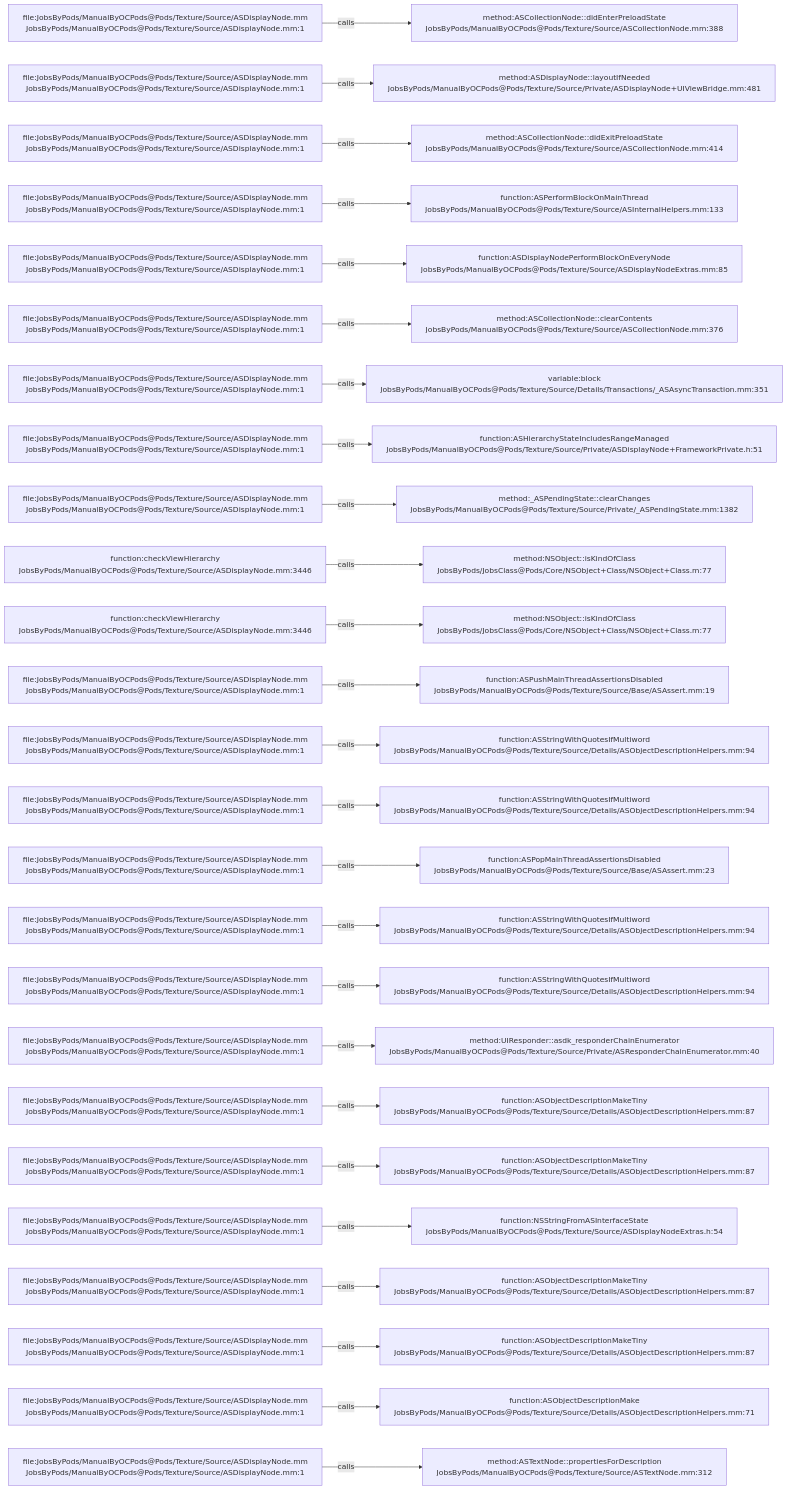
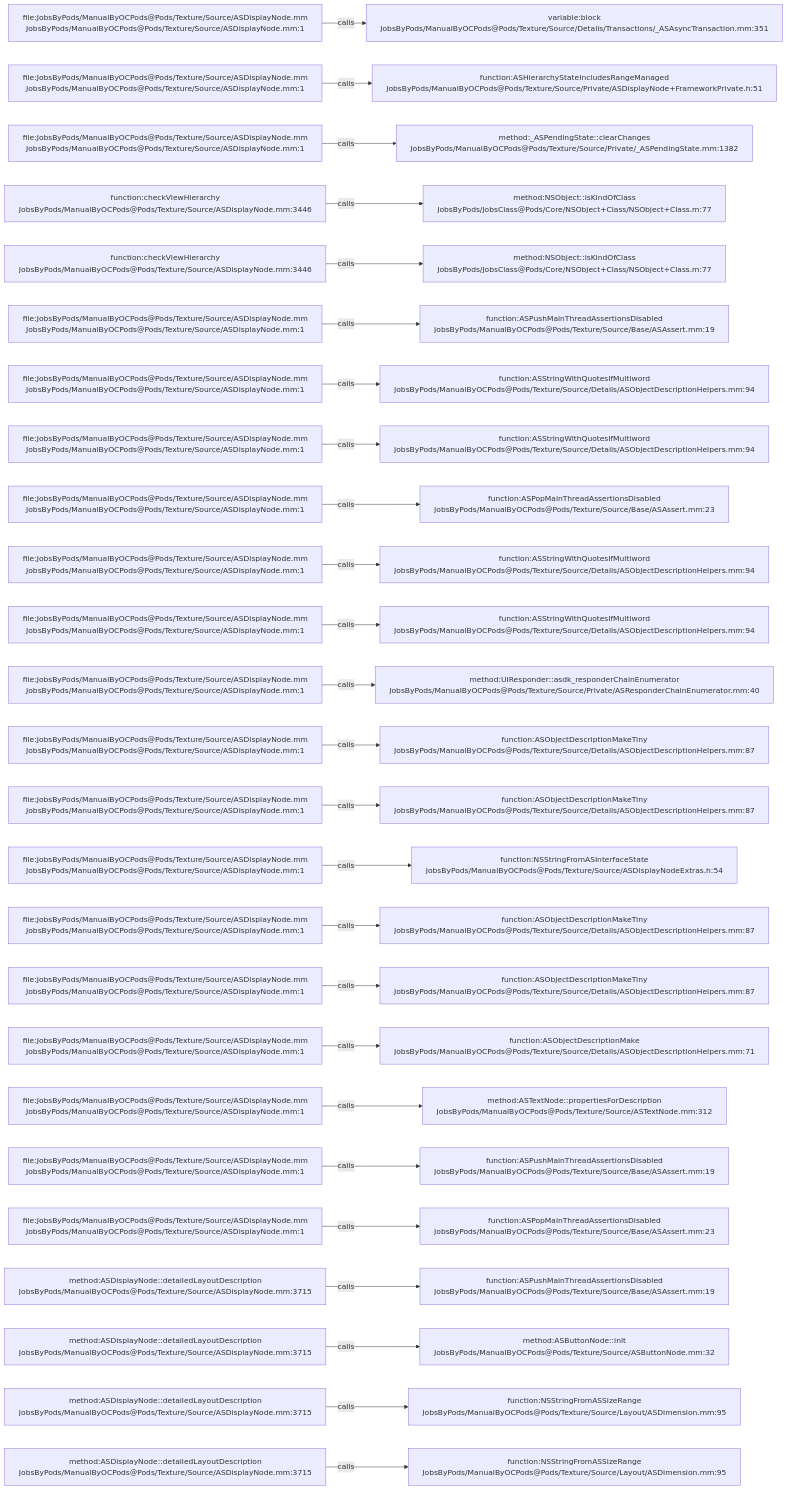
Before and after one commit to JobsKits/JobsOCBaseConfigDemo: the diagram in .codegraph/codegraph.md/graphs/calls-096.md, drawn with Mermaid. The commit also changed 666 other files, not shown here.

````diff
--- a/.codegraph/codegraph.md/graphs/calls-096.md
+++ b/.codegraph/codegraph.md/graphs/calls-096.md
@@ -13,78 +13,78 @@
 ```mermaid
 flowchart LR
   S1["file:JobsByPods/ManualByOCPods@Pods/Texture/Source/ASDisplayNode.mm<br/>JobsByPods/ManualByOCPods@Pods/Texture/Source/ASDisplayNode.mm:1"]
-  T1["method:ASCollectionNode::didEnterPreloadState<br/>JobsByPods/ManualByOCPods@Pods/Texture/Source/ASCollectionNode.mm:388"]
+  T1["variable:block<br/>JobsByPods/ManualByOCPods@Pods/Texture/Source/Details/Transactions/_ASAsyncTransaction.mm:351"]
   S1 -->|calls| T1
   S2["file:JobsByPods/ManualByOCPods@Pods/Texture/Source/ASDisplayNode.mm<br/>JobsByPods/ManualByOCPods@Pods/Texture/Source/ASDisplayNode.mm:1"]
-  T2["method:ASDisplayNode::layoutIfNeeded<br/>JobsByPods/ManualByOCPods@Pods/Texture/Source/Private/ASDisplayNode+UIViewBridge.mm:481"]
+  T2["function:ASHierarchyStateIncludesRangeManaged<br/>JobsByPods/ManualByOCPods@Pods/Texture/Source/Private/ASDisplayNode+FrameworkPrivate.h:51"]
   S2 -->|calls| T2
   S3["file:JobsByPods/ManualByOCPods@Pods/Texture/Source/ASDisplayNode.mm<br/>JobsByPods/ManualByOCPods@Pods/Texture/Source/ASDisplayNode.mm:1"]
-  T3["method:ASCollectionNode::didExitPreloadState<br/>JobsByPods/ManualByOCPods@Pods/Texture/Source/ASCollectionNode.mm:414"]
+  T3["method:_ASPendingState::clearChanges<br/>JobsByPods/ManualByOCPods@Pods/Texture/Source/Private/_ASPendingState.mm:1382"]
   S3 -->|calls| T3
-  S4["file:JobsByPods/ManualByOCPods@Pods/Texture/Source/ASDisplayNode.mm<br/>JobsByPods/ManualByOCPods@Pods/Texture/Source/ASDisplayNode.mm:1"]
-  T4["function:ASPerformBlockOnMainThread<br/>JobsByPods/ManualByOCPods@Pods/Texture/Source/ASInternalHelpers.mm:133"]
+  S4["function:checkViewHierarchy<br/>JobsByPods/ManualByOCPods@Pods/Texture/Source/ASDisplayNode.mm:3446"]
+  T4["method:NSObject::isKindOfClass<br/>JobsByPods/JobsClass@Pods/Core/NSObject+Class/NSObject+Class.m:77"]
   S4 -->|calls| T4
-  S5["file:JobsByPods/ManualByOCPods@Pods/Texture/Source/ASDisplayNode.mm<br/>JobsByPods/ManualByOCPods@Pods/Texture/Source/ASDisplayNode.mm:1"]
-  T5["function:ASDisplayNodePerformBlockOnEveryNode<br/>JobsByPods/ManualByOCPods@Pods/Texture/Source/ASDisplayNodeExtras.mm:85"]
+  S5["function:checkViewHierarchy<br/>JobsByPods/ManualByOCPods@Pods/Texture/Source/ASDisplayNode.mm:3446"]
+  T5["method:NSObject::isKindOfClass<br/>JobsByPods/JobsClass@Pods/Core/NSObject+Class/NSObject+Class.m:77"]
   S5 -->|calls| T5
   S6["file:JobsByPods/ManualByOCPods@Pods/Texture/Source/ASDisplayNode.mm<br/>JobsByPods/ManualByOCPods@Pods/Texture/Source/ASDisplayNode.mm:1"]
-  T6["method:ASCollectionNode::clearContents<br/>JobsByPods/ManualByOCPods@Pods/Texture/Source/ASCollectionNode.mm:376"]
+  T6["function:ASPushMainThreadAssertionsDisabled<br/>JobsByPods/ManualByOCPods@Pods/Texture/Source/Base/ASAssert.mm:19"]
   S6 -->|calls| T6
   S7["file:JobsByPods/ManualByOCPods@Pods/Texture/Source/ASDisplayNode.mm<br/>JobsByPods/ManualByOCPods@Pods/Texture/Source/ASDisplayNode.mm:1"]
-  T7["variable:block<br/>JobsByPods/ManualByOCPods@Pods/Texture/Source/Details/Transactions/_ASAsyncTransaction.mm:351"]
+  T7["function:ASStringWithQuotesIfMultiword<br/>JobsByPods/ManualByOCPods@Pods/Texture/Source/Details/ASObjectDescriptionHelpers.mm:94"]
   S7 -->|calls| T7
   S8["file:JobsByPods/ManualByOCPods@Pods/Texture/Source/ASDisplayNode.mm<br/>JobsByPods/ManualByOCPods@Pods/Texture/Source/ASDisplayNode.mm:1"]
-  T8["function:ASHierarchyStateIncludesRangeManaged<br/>JobsByPods/ManualByOCPods@Pods/Texture/Source/Private/ASDisplayNode+FrameworkPrivate.h:51"]
+  T8["function:ASStringWithQuotesIfMultiword<br/>JobsByPods/ManualByOCPods@Pods/Texture/Source/Details/ASObjectDescriptionHelpers.mm:94"]
   S8 -->|calls| T8
   S9["file:JobsByPods/ManualByOCPods@Pods/Texture/Source/ASDisplayNode.mm<br/>JobsByPods/ManualByOCPods@Pods/Texture/Source/ASDisplayNode.mm:1"]
-  T9["method:_ASPendingState::clearChanges<br/>JobsByPods/ManualByOCPods@Pods/Texture/Source/Private/_ASPendingState.mm:1382"]
+  T9["function:ASPopMainThreadAssertionsDisabled<br/>JobsByPods/ManualByOCPods@Pods/Texture/Source/Base/ASAssert.mm:23"]
   S9 -->|calls| T9
-  S10["function:checkViewHierarchy<br/>JobsByPods/ManualByOCPods@Pods/Texture/Source/ASDisplayNode.mm:3446"]
-  T10["method:NSObject::isKindOfClass<br/>JobsByPods/JobsClass@Pods/Core/NSObject+Class/NSObject+Class.m:77"]
+  S10["file:JobsByPods/ManualByOCPods@Pods/Texture/Source/ASDisplayNode.mm<br/>JobsByPods/ManualByOCPods@Pods/Texture/Source/ASDisplayNode.mm:1"]
+  T10["function:ASStringWithQuotesIfMultiword<br/>JobsByPods/ManualByOCPods@Pods/Texture/Source/Details/ASObjectDescriptionHelpers.mm:94"]
   S10 -->|calls| T10
-  S11["function:checkViewHierarchy<br/>JobsByPods/ManualByOCPods@Pods/Texture/Source/ASDisplayNode.mm:3446"]
-  T11["method:NSObject::isKindOfClass<br/>JobsByPods/JobsClass@Pods/Core/NSObject+Class/NSObject+Class.m:77"]
+  S11["file:JobsByPods/ManualByOCPods@Pods/Texture/Source/ASDisplayNode.mm<br/>JobsByPods/ManualByOCPods@Pods/Texture/Source/ASDisplayNode.mm:1"]
+  T11["function:ASStringWithQuotesIfMultiword<br/>JobsByPods/ManualByOCPods@Pods/Texture/Source/Details/ASObjectDescriptionHelpers.mm:94"]
   S11 -->|calls| T11
   S12["file:JobsByPods/ManualByOCPods@Pods/Texture/Source/ASDisplayNode.mm<br/>JobsByPods/ManualByOCPods@Pods/Texture/Source/ASDisplayNode.mm:1"]
-  T12["function:ASPushMainThreadAssertionsDisabled<br/>JobsByPods/ManualByOCPods@Pods/Texture/Source/Base/ASAssert.mm:19"]
+  T12["method:UIResponder::asdk_responderChainEnumerator<br/>JobsByPods/ManualByOCPods@Pods/Texture/Source/Private/ASResponderChainEnumerator.mm:40"]
   S12 -->|calls| T12
   S13["file:JobsByPods/ManualByOCPods@Pods/Texture/Source/ASDisplayNode.mm<br/>JobsByPods/ManualByOCPods@Pods/Texture/Source/ASDisplayNode.mm:1"]
-  T13["function:ASStringWithQuotesIfMultiword<br/>JobsByPods/ManualByOCPods@Pods/Texture/Source/Details/ASObjectDescriptionHelpers.mm:94"]
+  T13["function:ASObjectDescriptionMakeTiny<br/>JobsByPods/ManualByOCPods@Pods/Texture/Source/Details/ASObjectDescriptionHelpers.mm:87"]
   S13 -->|calls| T13
   S14["file:JobsByPods/ManualByOCPods@Pods/Texture/Source/ASDisplayNode.mm<br/>JobsByPods/ManualByOCPods@Pods/Texture/Source/ASDisplayNode.mm:1"]
-  T14["function:ASStringWithQuotesIfMultiword<br/>JobsByPods/ManualByOCPods@Pods/Texture/Source/Details/ASObjectDescriptionHelpers.mm:94"]
+  T14["function:ASObjectDescriptionMakeTiny<br/>JobsByPods/ManualByOCPods@Pods/Texture/Source/Details/ASObjectDescriptionHelpers.mm:87"]
   S14 -->|calls| T14
   S15["file:JobsByPods/ManualByOCPods@Pods/Texture/Source/ASDisplayNode.mm<br/>JobsByPods/ManualByOCPods@Pods/Texture/Source/ASDisplayNode.mm:1"]
-  T15["function:ASPopMainThreadAssertionsDisabled<br/>JobsByPods/ManualByOCPods@Pods/Texture/Source/Base/ASAssert.mm:23"]
+  T15["function:NSStringFromASInterfaceState<br/>JobsByPods/ManualByOCPods@Pods/Texture/Source/ASDisplayNodeExtras.h:54"]
   S15 -->|calls| T15
   S16["file:JobsByPods/ManualByOCPods@Pods/Texture/Source/ASDisplayNode.mm<br/>JobsByPods/ManualByOCPods@Pods/Texture/Source/ASDisplayNode.mm:1"]
-  T16["function:ASStringWithQuotesIfMultiword<br/>JobsByPods/ManualByOCPods@Pods/Texture/Source/Details/ASObjectDescriptionHelpers.mm:94"]
+  T16["function:ASObjectDescriptionMakeTiny<br/>JobsByPods/ManualByOCPods@Pods/Texture/Source/Details/ASObjectDescriptionHelpers.mm:87"]
   S16 -->|calls| T16
   S17["file:JobsByPods/ManualByOCPods@Pods/Texture/Source/ASDisplayNode.mm<br/>JobsByPods/ManualByOCPods@Pods/Texture/Source/ASDisplayNode.mm:1"]
-  T17["function:ASStringWithQuotesIfMultiword<br/>JobsByPods/ManualByOCPods@Pods/Texture/Source/Details/ASObjectDescriptionHelpers.mm:94"]
+  T17["function:ASObjectDescriptionMakeTiny<br/>JobsByPods/ManualByOCPods@Pods/Texture/Source/Details/ASObjectDescriptionHelpers.mm:87"]
   S17 -->|calls| T17
   S18["file:JobsByPods/ManualByOCPods@Pods/Texture/Source/ASDisplayNode.mm<br/>JobsByPods/ManualByOCPods@Pods/Texture/Source/ASDisplayNode.mm:1"]
-  T18["method:UIResponder::asdk_responderChainEnumerator<br/>JobsByPods/ManualByOCPods@Pods/Texture/Source/Private/ASResponderChainEnumerator.mm:40"]
+  T18["function:ASObjectDescriptionMake<br/>JobsByPods/ManualByOCPods@Pods/Texture/Source/Details/ASObjectDescriptionHelpers.mm:71"]
   S18 -->|calls| T18
   S19["file:JobsByPods/ManualByOCPods@Pods/Texture/Source/ASDisplayNode.mm<br/>JobsByPods/ManualByOCPods@Pods/Texture/Source/ASDisplayNode.mm:1"]
-  T19["function:ASObjectDescriptionMakeTiny<br/>JobsByPods/ManualByOCPods@Pods/Texture/Source/Details/ASObjectDescriptionHelpers.mm:87"]
+  T19["method:ASTextNode::propertiesForDescription<br/>JobsByPods/ManualByOCPods@Pods/Texture/Source/ASTextNode.mm:312"]
   S19 -->|calls| T19
   S20["file:JobsByPods/ManualByOCPods@Pods/Texture/Source/ASDisplayNode.mm<br/>JobsByPods/ManualByOCPods@Pods/Texture/Source/ASDisplayNode.mm:1"]
-  T20["function:ASObjectDescriptionMakeTiny<br/>JobsByPods/ManualByOCPods@Pods/Texture/Source/Details/ASObjectDescriptionHelpers.mm:87"]
+  T20["function:ASPushMainThreadAssertionsDisabled<br/>JobsByPods/ManualByOCPods@Pods/Texture/Source/Base/ASAssert.mm:19"]
   S20 -->|calls| T20
   S21["file:JobsByPods/ManualByOCPods@Pods/Texture/Source/ASDisplayNode.mm<br/>JobsByPods/ManualByOCPods@Pods/Texture/Source/ASDisplayNode.mm:1"]
-  T21["function:NSStringFromASInterfaceState<br/>JobsByPods/ManualByOCPods@Pods/Texture/Source/ASDisplayNodeExtras.h:54"]
+  T21["function:ASPopMainThreadAssertionsDisabled<br/>JobsByPods/ManualByOCPods@Pods/Texture/Source/Base/ASAssert.mm:23"]
   S21 -->|calls| T21
-  S22["file:JobsByPods/ManualByOCPods@Pods/Texture/Source/ASDisplayNode.mm<br/>JobsByPods/ManualByOCPods@Pods/Texture/Source/ASDisplayNode.mm:1"]
-  T22["function:ASObjectDescriptionMakeTiny<br/>JobsByPods/ManualByOCPods@Pods/Texture/Source/Details/ASObjectDescriptionHelpers.mm:87"]
+  S22["method:ASDisplayNode::detailedLayoutDescription<br/>JobsByPods/ManualByOCPods@Pods/Texture/Source/ASDisplayNode.mm:3715"]
+  T22["function:ASPushMainThreadAssertionsDisabled<br/>JobsByPods/ManualByOCPods@Pods/Texture/Source/Base/ASAssert.mm:19"]
   S22 -->|calls| T22
-  S23["file:JobsByPods/ManualByOCPods@Pods/Texture/Source/ASDisplayNode.mm<br/>JobsByPods/ManualByOCPods@Pods/Texture/Source/ASDisplayNode.mm:1"]
-  T23["function:ASObjectDescriptionMakeTiny<br/>JobsByPods/ManualByOCPods@Pods/Texture/Source/Details/ASObjectDescriptionHelpers.mm:87"]
+  S23["method:ASDisplayNode::detailedLayoutDescription<br/>JobsByPods/ManualByOCPods@Pods/Texture/Source/ASDisplayNode.mm:3715"]
+  T23["method:ASButtonNode::init<br/>JobsByPods/ManualByOCPods@Pods/Texture/Source/ASButtonNode.mm:32"]
   S23 -->|calls| T23
-  S24["file:JobsByPods/ManualByOCPods@Pods/Texture/Source/ASDisplayNode.mm<br/>JobsByPods/ManualByOCPods@Pods/Texture/Source/ASDisplayNode.mm:1"]
-  T24["function:ASObjectDescriptionMake<br/>JobsByPods/ManualByOCPods@Pods/Texture/Source/Details/ASObjectDescriptionHelpers.mm:71"]
+  S24["method:ASDisplayNode::detailedLayoutDescription<br/>JobsByPods/ManualByOCPods@Pods/Texture/Source/ASDisplayNode.mm:3715"]
+  T24["function:NSStringFromASSizeRange<br/>JobsByPods/ManualByOCPods@Pods/Texture/Source/Layout/ASDimension.mm:95"]
   S24 -->|calls| T24
-  S25["file:JobsByPods/ManualByOCPods@Pods/Texture/Source/ASDisplayNode.mm<br/>JobsByPods/ManualByOCPods@Pods/Texture/Source/ASDisplayNode.mm:1"]
-  T25["method:ASTextNode::propertiesForDescription<br/>JobsByPods/ManualByOCPods@Pods/Texture/Source/ASTextNode.mm:312"]
+  S25["method:ASDisplayNode::detailedLayoutDescription<br/>JobsByPods/ManualByOCPods@Pods/Texture/Source/ASDisplayNode.mm:3715"]
+  T25["function:NSStringFromASSizeRange<br/>JobsByPods/ManualByOCPods@Pods/Texture/Source/Layout/ASDimension.mm:95"]
   S25 -->|calls| T25
 ```
````
